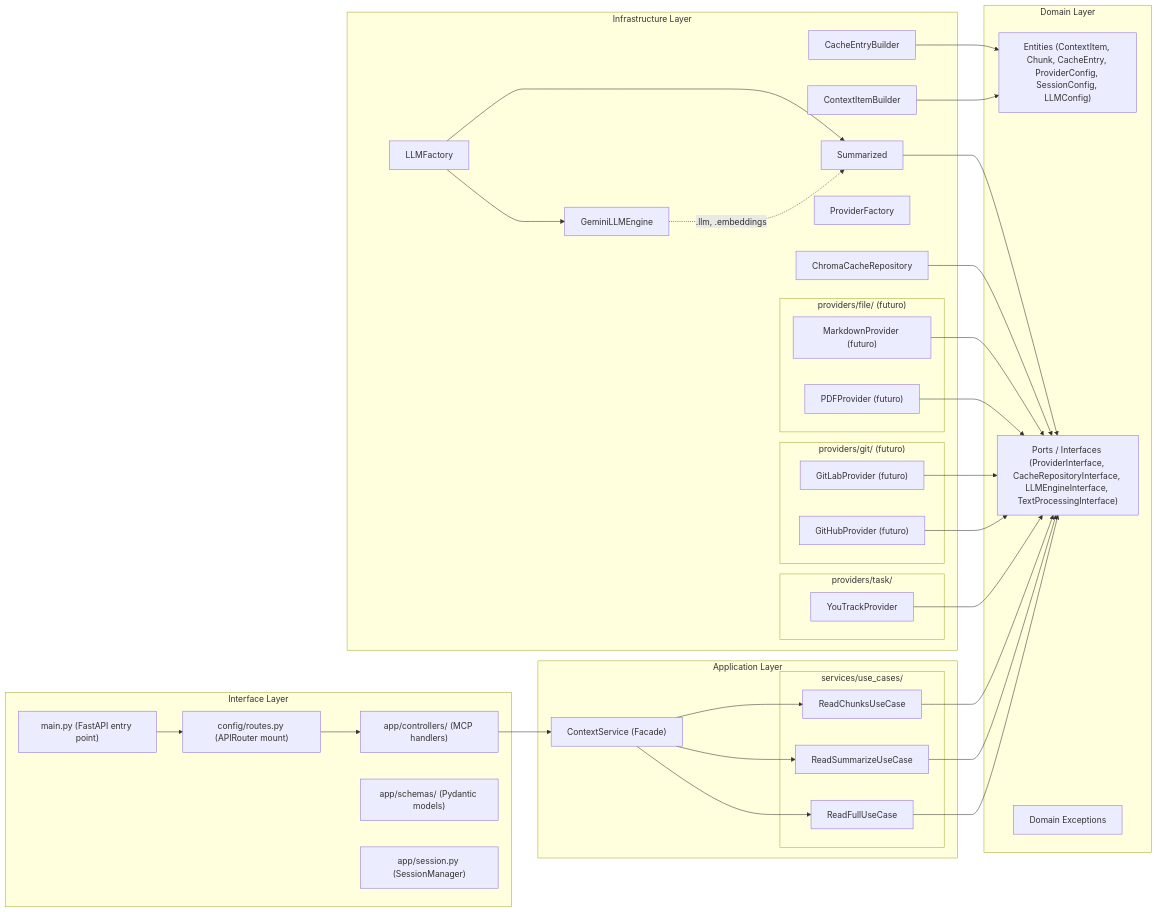
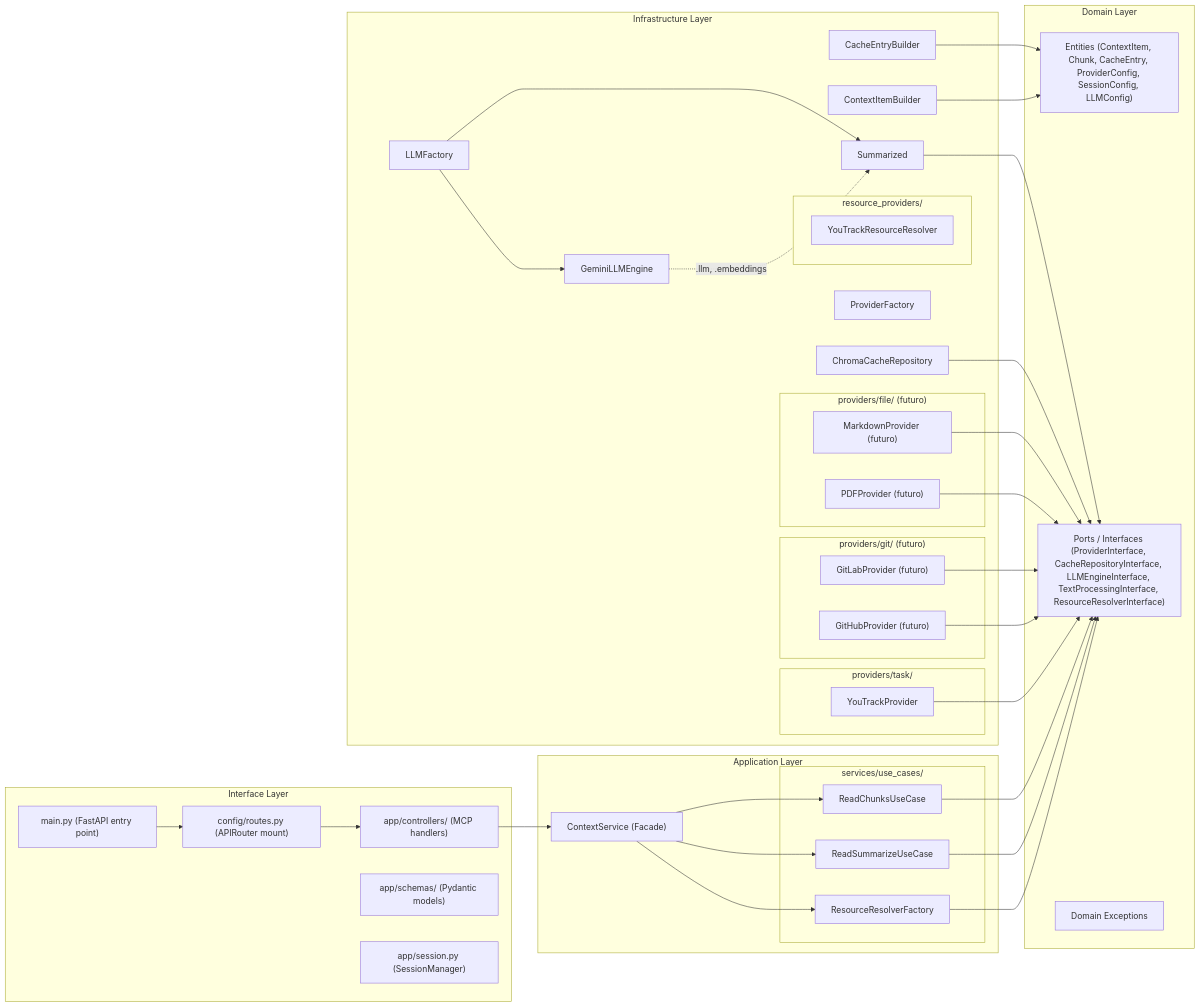
One commit to remolacho/ContextForge changed the second of 7 diagrams in .agents/docs/init_proyect/design.md. Above: the diagram before and after it, drawn with Mermaid. The commit also changed other lines of this file and 1 other file, not shown here.

````diff
--- a/.agents/docs/init_proyect/design.md
+++ b/.agents/docs/init_proyect/design.md
@@ -33,65 +35,69 @@
 ```mermaid
 graph LR
     subgraph "Interface Layer"
         MAIN["main.py (FastAPI entry point)"]
         ROUTES["config/routes.py (APIRouter mount)"]
         CTRL["app/controllers/ (MCP handlers)"]
         SCH["app/schemas/ (Pydantic models)"]
         SM["app/session.py (SessionManager)"]
     end
     subgraph "Application Layer"
         SVC["ContextService (Facade)"]
         subgraph "services/use_cases/"
             RF["ReadFullUseCase"]
             RS["ReadSummarizeUseCase"]
             RC["ReadChunksUseCase"]
         end
     end
     subgraph "Domain Layer"
         E["Entities (ContextItem, Chunk, CacheEntry, ProviderConfig, SessionConfig, LLMConfig)"]
-        P["Ports / Interfaces (ProviderInterface, CacheRepositoryInterface, LLMEngineInterface, TextProcessingInterface)"]
+        P["Ports / Interfaces (ProviderInterface, CacheRepositoryInterface, LLMEngineInterface, TextProcessingInterface, ResourceResolverInterface)"]
         EX["Domain Exceptions"]
     end
     subgraph "Infrastructure Layer"
         PF["ProviderFactory"]
+        RF["ResourceResolverFactory"]
+        subgraph "resource_providers/"
+            YTR["YouTrackResourceResolver"]
+        end
         subgraph "providers/task/"
             YT["YouTrackProvider"]
         end
         subgraph "providers/git/ (futuro)"
             GH["GitHubProvider (futuro)"]
             GL["GitLabProvider (futuro)"]
         end
         subgraph "providers/file/ (futuro)"
             PDF["PDFProvider (futuro)"]
             MD["MarkdownProvider (futuro)"]
         end
         CH["ChromaCacheRepository"]
         GE["GeminiLLMEngine"]
         SUM["Summarized"]
         LF["LLMFactory"]
         CB["ContextItemBuilder"]
         CEB["CacheEntryBuilder"]
     end
 
     MAIN --> ROUTES
     ROUTES --> CTRL
     CTRL --> SVC
     SVC --> RF
     SVC --> RS
     SVC --> RC
     RF --> P
     RS --> P
     RC --> P
     YT --> P
     GH --> P
     GL --> P
     PDF --> P
     MD --> P
     CH --> P
     GE -.->|".llm, .embeddings"| SUM
     SUM --> P
     LF --> GE
     LF --> SUM
     CB --> E
     CEB --> E
 ```
````
